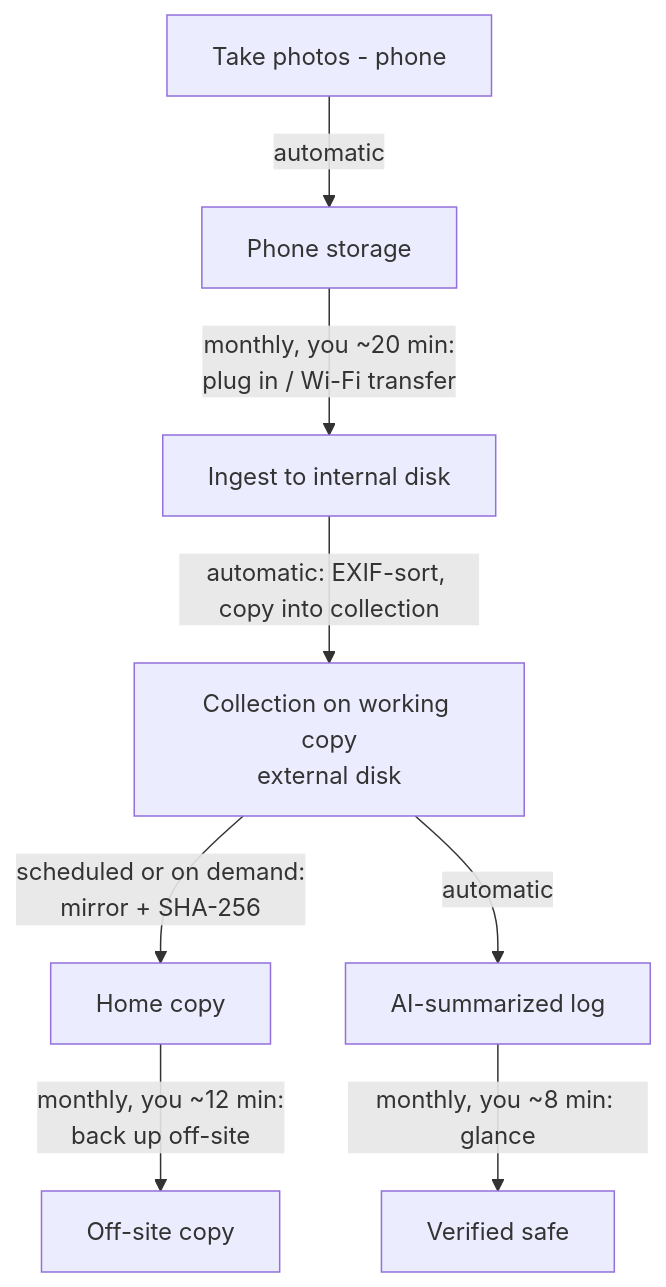
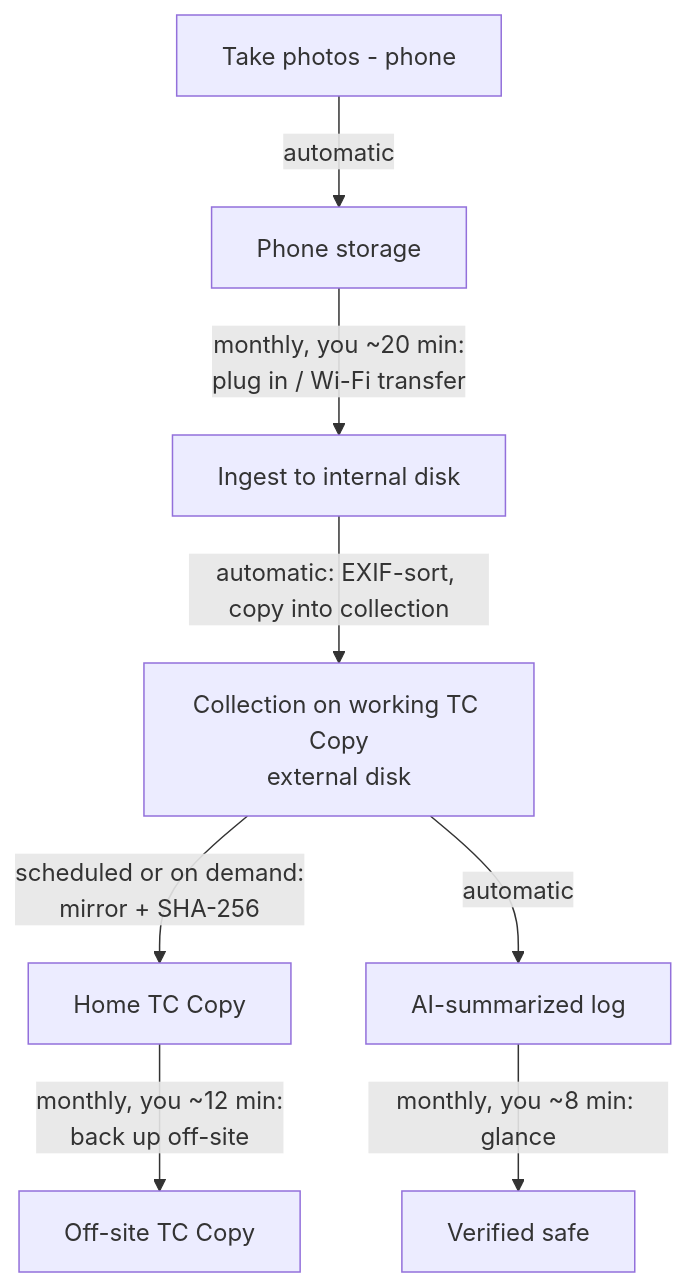
Before and after one commit to NikoAri/turbo-collection: the second of 2 diagrams in docs/design-record.md, drawn with Mermaid. The commit also changed other lines of this file and 112 other files, not shown here.

````diff
--- a/docs/design-record.md
+++ b/docs/design-record.md
@@ -601,10 +601,10 @@
 ```mermaid
 flowchart TD
     A[Take photos - phone] -->|automatic| B[Phone storage]
     B -->|monthly, you ~20 min:<br/>plug in / Wi-Fi transfer| C[Ingest to internal disk]
-    C -->|automatic: EXIF-sort, copy into collection| D[Collection on working copy<br/>external disk]
-    D -->|scheduled or on demand:<br/>mirror + SHA-256| E[Home copy]
-    E -->|monthly, you ~12 min:<br/>back up off-site| F[Off-site copy]
+    C -->|automatic: EXIF-sort, copy into collection| D[Collection on working TC Copy<br/>external disk]
+    D -->|scheduled or on demand:<br/>mirror + SHA-256| E[Home TC Copy]
+    E -->|monthly, you ~12 min:<br/>back up off-site| F[Off-site TC Copy]
     D -->|automatic| G[AI-summarized log]
     G -->|monthly, you ~8 min: glance| H[Verified safe]
 ```
````
